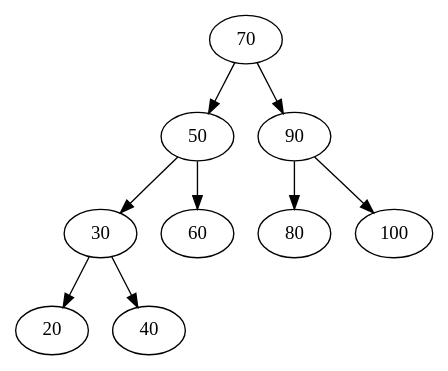
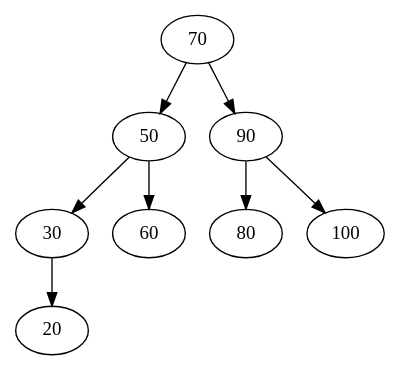
One commit to miray-mustafov/DSA changed the diagram in data_structures/tree/binary_search_tree/Digraph.gv. Above: the diagram before and after it, drawn with Graphviz. The commit also changed 2 other files, not shown here.

```diff
--- a/data_structures/tree/binary_search_tree/Digraph.gv
+++ b/data_structures/tree/binary_search_tree/Digraph.gv
@@ -1,19 +1,17 @@
 digraph {
 	70
 	70 -> 50
 	50
 	50 -> 30
 	30
 	30 -> 20
 	20
-	30 -> 40
-	40
 	50 -> 60
 	60
 	70 -> 90
 	90
 	90 -> 80
 	80
 	90 -> 100
 	100
 }
```
